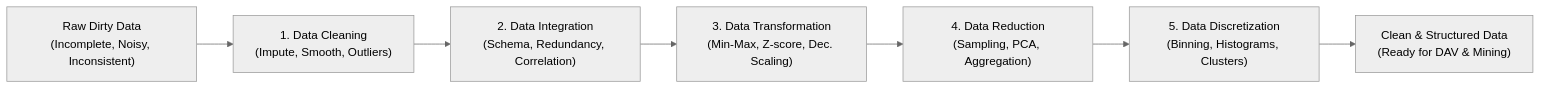
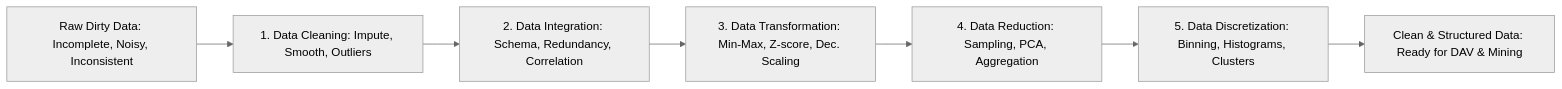
The diagram in notes/data_analysis/Chapter5_Data_Preprocessing.md (DeepLumiere/DeepSkills), drawn with Mermaid (neutral theme) before and after one commit. The commit also changed other lines of this file and 56 other files, not shown here.

````diff
--- a/notes/data_analysis/Chapter5_Data_Preprocessing.md
+++ b/notes/data_analysis/Chapter5_Data_Preprocessing.md
@@ -50,9 +50,9 @@
 ```mermaid
 flowchart LR
-    Raw["Raw Dirty Data<br/>(Incomplete, Noisy, Inconsistent)"] --> Clean["1. Data Cleaning<br/>(Impute, Smooth, Outliers)"]
-    Clean --> Integ["2. Data Integration<br/>(Schema, Redundancy, Correlation)"]
-    Integ --> Trans["3. Data Transformation<br/>(Min-Max, Z-score, Dec. Scaling)"]
-    Trans --> Red["4. Data Reduction<br/>(Sampling, PCA, Aggregation)"]
-    Red --> Disc["5. Data Discretization<br/>(Binning, Histograms, Clusters)"]
-    Disc --> Ready["Clean & Structured Data<br/>(Ready for DAV & Mining)"]
+    Raw["Raw Dirty Data: Incomplete, Noisy, Inconsistent"] --> Clean["1. Data Cleaning: Impute, Smooth, Outliers"]
+    Clean --> Integ["2. Data Integration: Schema, Redundancy, Correlation"]
+    Integ --> Trans["3. Data Transformation: Min-Max, Z-score, Dec. Scaling"]
+    Trans --> Red["4. Data Reduction: Sampling, PCA, Aggregation"]
+    Red --> Disc["5. Data Discretization: Binning, Histograms, Clusters"]
+    Disc --> Ready["Clean & Structured Data: Ready for DAV & Mining"]
 ```
````
